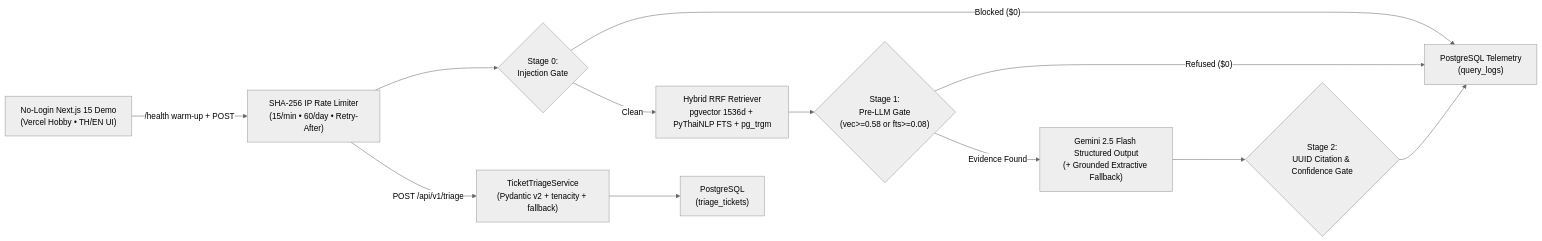
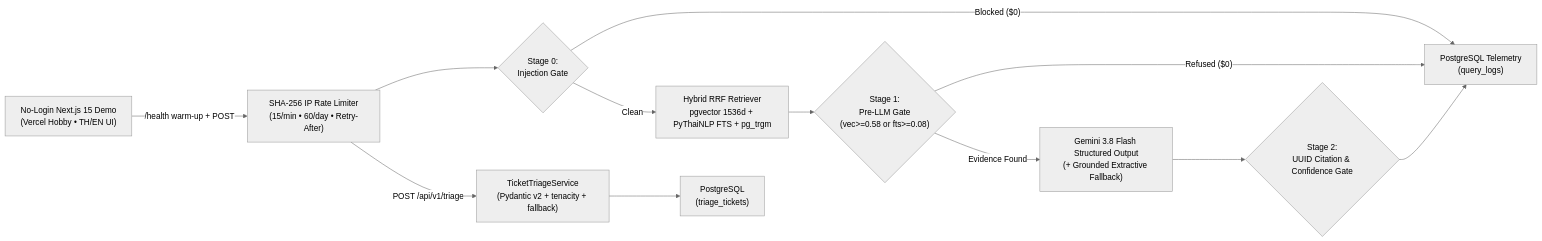
Before and after one commit to ApecSinlapachai/enterprise-rag-ops-copilot: the diagram in README.md, drawn with Mermaid (neutral theme). The commit also changed 11 other files, not shown here.

First line of the commit message:
feat(llm): upgrade default chat model to gemini-3.8-flash and fix triage schema compatibility

````diff
--- a/README.md
+++ b/README.md
@@ -24,14 +24,14 @@
 ```mermaid
 flowchart LR
     U["No-Login Next.js 15 Demo<br/>(Vercel Hobby • TH/EN UI)"] -->|"/health warm-up + POST"| RL["SHA-256 IP Rate Limiter<br/>(15/min • 60/day • Retry-After)"]
     RL --> S0{"Stage 0:<br/>Injection Gate"}
     S0 -->|"Blocked ($0)"| LOG["PostgreSQL Telemetry<br/>(query_logs)"]
     S0 -->|"Clean"| RET["Hybrid RRF Retriever<br/>pgvector 1536d + PyThaiNLP FTS + pg_trgm"]
     RET --> S1{"Stage 1:<br/>Pre-LLM Gate<br/>(vec>=0.58 or fts>=0.08)"}
     S1 -->|"Refused ($0)"| LOG
-    S1 -->|"Evidence Found"| LLM["Gemini 2.5 Flash Structured Output<br/>(+ Grounded Extractive Fallback)"]
+    S1 -->|"Evidence Found"| LLM["Gemini 3.8 Flash Structured Output<br/>(+ Grounded Extractive Fallback)"]
     LLM --> S2{"Stage 2:<br/>UUID Citation & Confidence Gate"}
     S2 --> LOG
     RL -->|"POST /api/v1/triage"| TRI["TicketTriageService<br/>(Pydantic v2 + tenacity + fallback)"]
     TRI --> TRIDB["PostgreSQL<br/>(triage_tickets)"]
 ```
````
